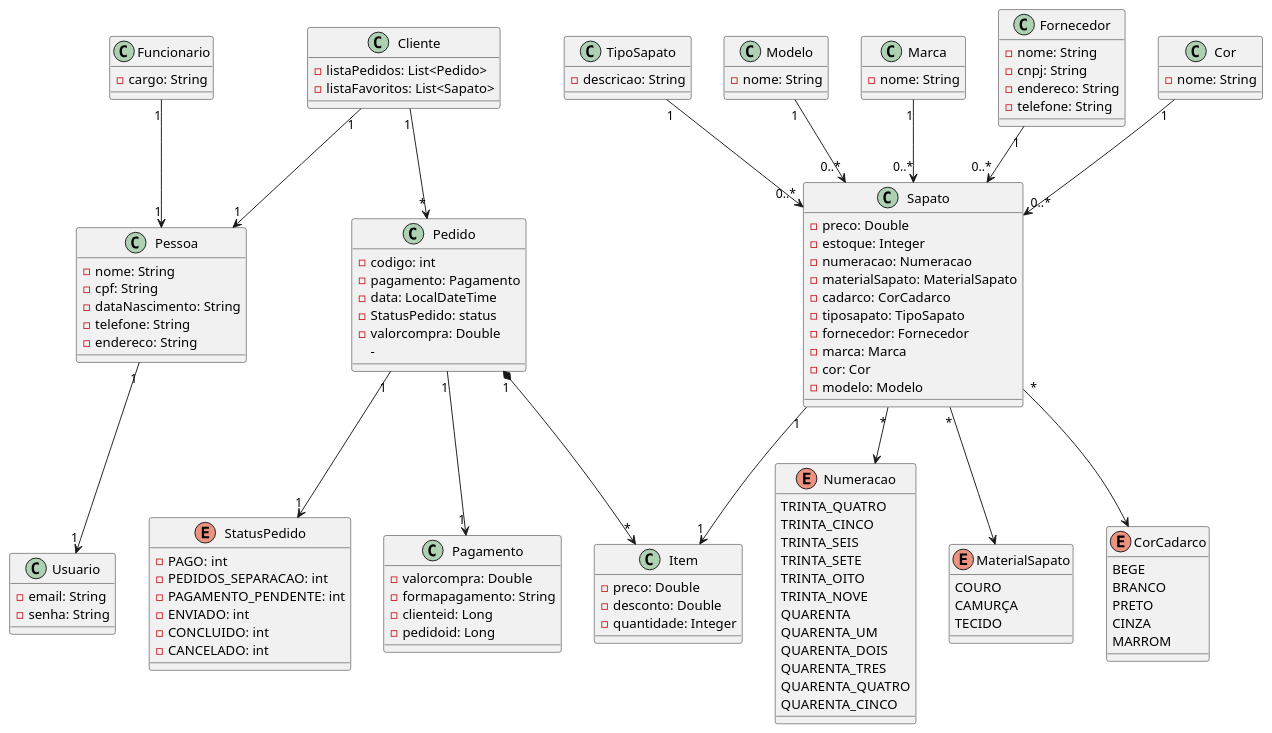
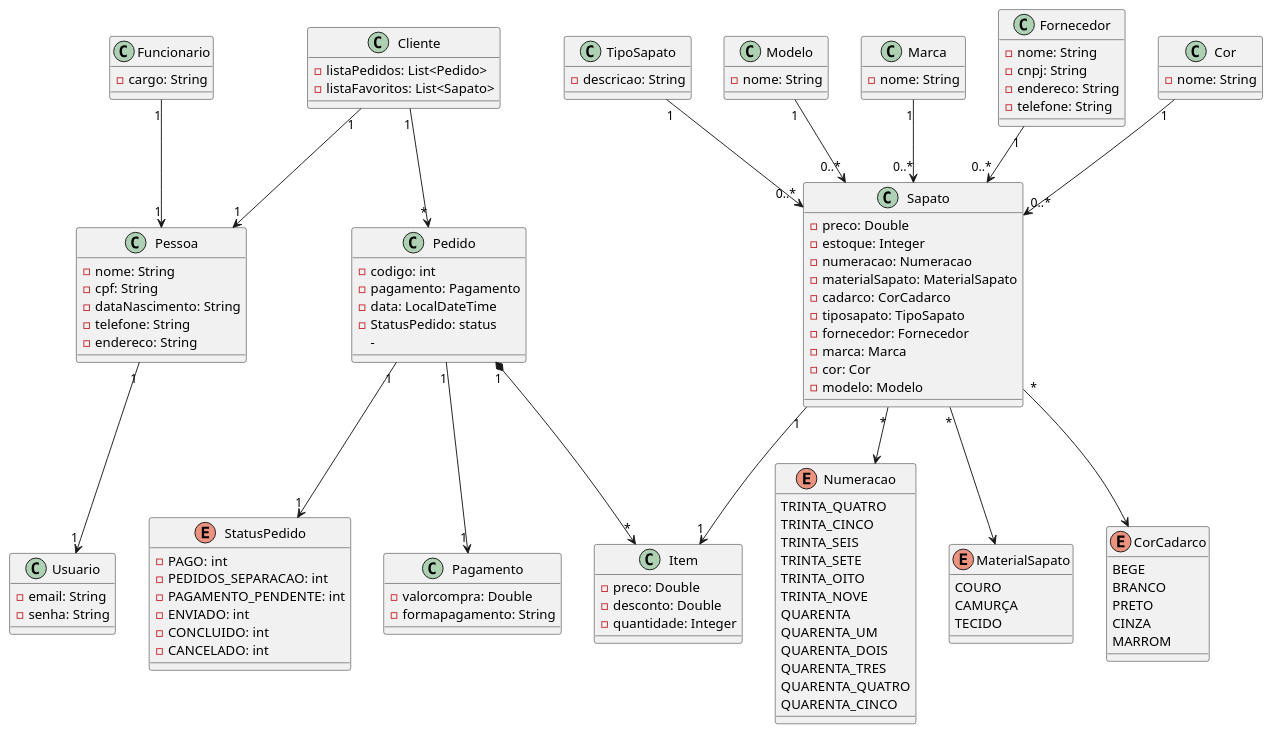
One commit to athoscastelo/ecommerce-sapato-1.0 changed the diagram in src/main/resources/docs/diagrama_classes.plantuml. Above: the diagram before and after it, drawn with PlantUML. The commit also changed 30 other files, not shown here.

```diff
--- a/src/main/resources/docs/diagrama_classes.plantuml
+++ b/src/main/resources/docs/diagrama_classes.plantuml
@@ -2,140 +2,136 @@
 @startuml ecommerce
 
       class Usuario {
     - email: String
     - senha: String
 }
 class Pessoa {
     - nome: String
     - cpf: String
     - dataNascimento: String
     - telefone: String
     - endereco: String
 }
 
 class Funcionario {
     - cargo: String
 
 }
 
 class Cliente {
     - listaPedidos: List<Pedido>
     - listaFavoritos: List<Sapato>
 }
  
     class TipoSapato {
         - descricao: String
 
     }
 
     class Sapato {
         - preco: Double
         - estoque: Integer
         - numeracao: Numeracao
         - materialSapato: MaterialSapato
         - cadarco: CorCadarco
         - tiposapato: TipoSapato
         - fornecedor: Fornecedor
         - marca: Marca
         - cor: Cor
         - modelo: Modelo
     }
 
     enum Numeracao {
         TRINTA_QUATRO
         TRINTA_CINCO
         TRINTA_SEIS
         TRINTA_SETE
         TRINTA_OITO
         TRINTA_NOVE
         QUARENTA
         QUARENTA_UM
         QUARENTA_DOIS
         QUARENTA_TRES
         QUARENTA_QUATRO
         QUARENTA_CINCO
     }
 
     class Modelo {
         - nome: String
     }
 
     enum MaterialSapato {
         COURO
         CAMURÇA
         TECIDO
     }
 
     class Marca {
         - nome: String
     }
 
     class Fornecedor {
         - nome: String
         - cnpj: String
         - endereco: String
         - telefone: String
     }
 
     enum CorCadarco {
         BEGE
         BRANCO
         PRETO
         CINZA
         MARROM
     }
 
     class Cor {
         - nome: String
     }
 
     Class Pedido { 
         - codigo: int 
         - pagamento: Pagamento
         - data: LocalDateTime
         - StatusPedido: status
-        - valorcompra: Double
         - 
 
         }
 
     enum StatusPedido {
         - PAGO: int
         - PEDIDOS_SEPARACAO: int
         - PAGAMENTO_PENDENTE: int
         - ENVIADO: int
         - CONCLUIDO: int
         - CANCELADO: int
     }
 
     Class Pagamento {
         - valorcompra: Double
         - formapagamento: String 
-        - clienteid: Long
-        - pedidoid: Long
-
     }
     Class Item {
         - preco: Double
         - desconto: Double
         - quantidade: Integer
     }
     
     
 TipoSapato "1" --> "0..*" Sapato
 Fornecedor "1" --> "0..*" Sapato
 Marca "1" --> "0..*" Sapato
 Cor "1" --> "0..*" Sapato
 Modelo "1" --> "0..*" Sapato
 Sapato "*"--> Numeracao
 Sapato "*"--> MaterialSapato
 Sapato "*"--> CorCadarco
 Cliente "1" --> "1" Pessoa
 Funcionario "1" --> "1" Pessoa
 Pessoa "1" --> "1" Usuario
 Cliente "1" --> "*" Pedido
 Sapato "1" --> "1" Item
 Pedido "1" --> "1" Pagamento
 Pedido "1" --> "1" StatusPedido
 Pedido "1" *--> "*" Item 
 @enduml
```
